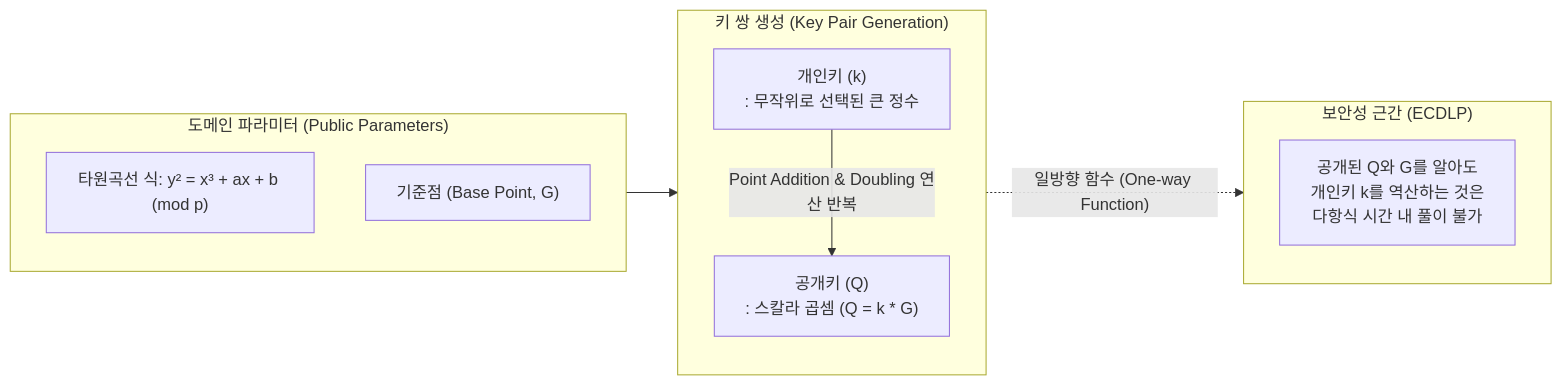
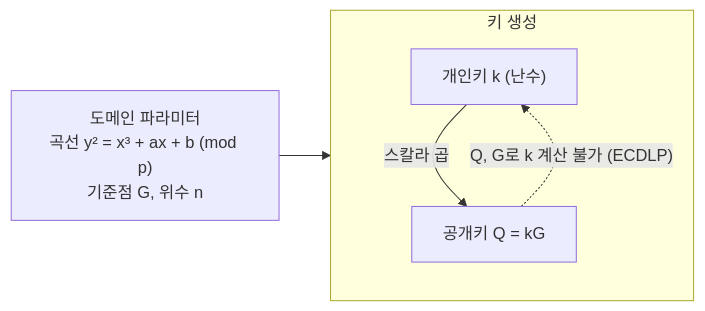
Before and after one commit to supremethumb/supremethumb.github.io: the diagram in content/01_IT Tech/타원곡선 암호.md, drawn with Mermaid. The commit also changed other lines of this file and 1087 other files, not shown here.

````diff
--- a/content/01_IT Tech/타원곡선 암호.md
+++ b/content/01_IT Tech/타원곡선 암호.md
@@ -28,25 +34,8 @@
 ```mermaid
 flowchart LR
-    subgraph Domain_Parameters["도메인 파라미터 (Public Parameters)"]
-        direction TB
-        Eq["타원곡선 식: y² = x³ + ax + b (mod p)"]
-        G["기준점 (Base Point, G)"]
+    DP["도메인 파라미터<br/>곡선 y² = x³ + ax + b (mod p)<br/>기준점 G, 위수 n"] --> KG
+    subgraph KG["키 생성"]
+        K["개인키 k (난수)"] -->|"스칼라 곱"| Q["공개키 Q = kG"]
     end
-
-    subgraph Key_Generation["키 쌍 생성 (Key Pair Generation)"]
-        direction TB
-        PriK["개인키 (k)<br/>: 무작위로 선택된 큰 정수"]
-        PubK["공개키 (Q)<br/>: 스칼라 곱셈 (Q = k * G)"]
-        
-        PriK -- "Point Addition & Doubling 연산 반복" --> PubK
-    end
-
-    subgraph Security_Basis["보안성 근간 (ECDLP)"]
-        direction TB
-        Rule["공개된 Q와 G를 알아도<br/>개인키 k를 역산하는 것은<br/>다항식 시간 내 풀이 불가"]
-    end
-
-    Domain_Parameters --> Key_Generation
-    Key_Generation -. "일방향 함수 (One-way Function)" .-> Security_Basis
-
+    Q -.->|"Q, G로 k 계산 불가 (ECDLP)"| K
 ```
````
